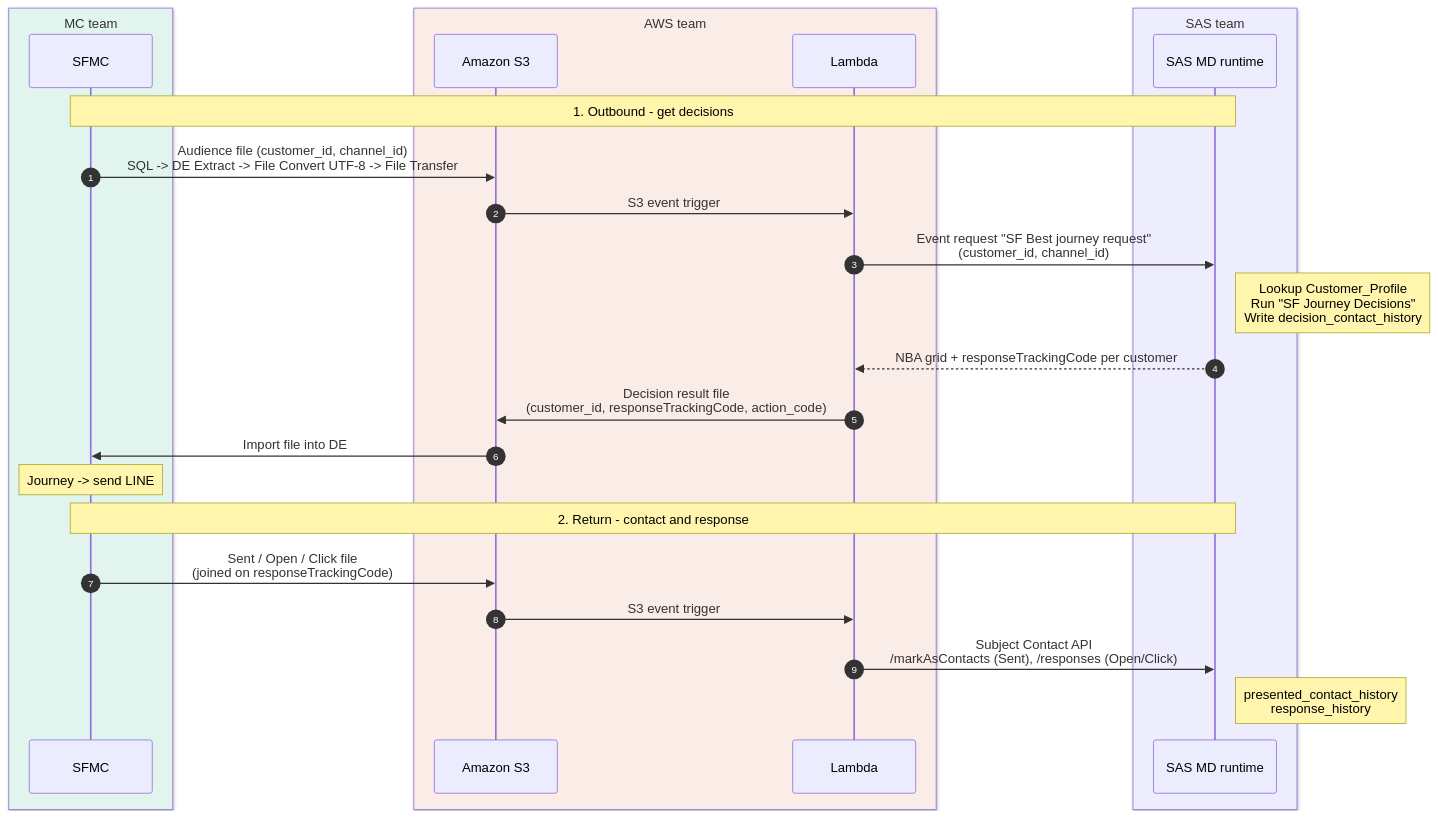
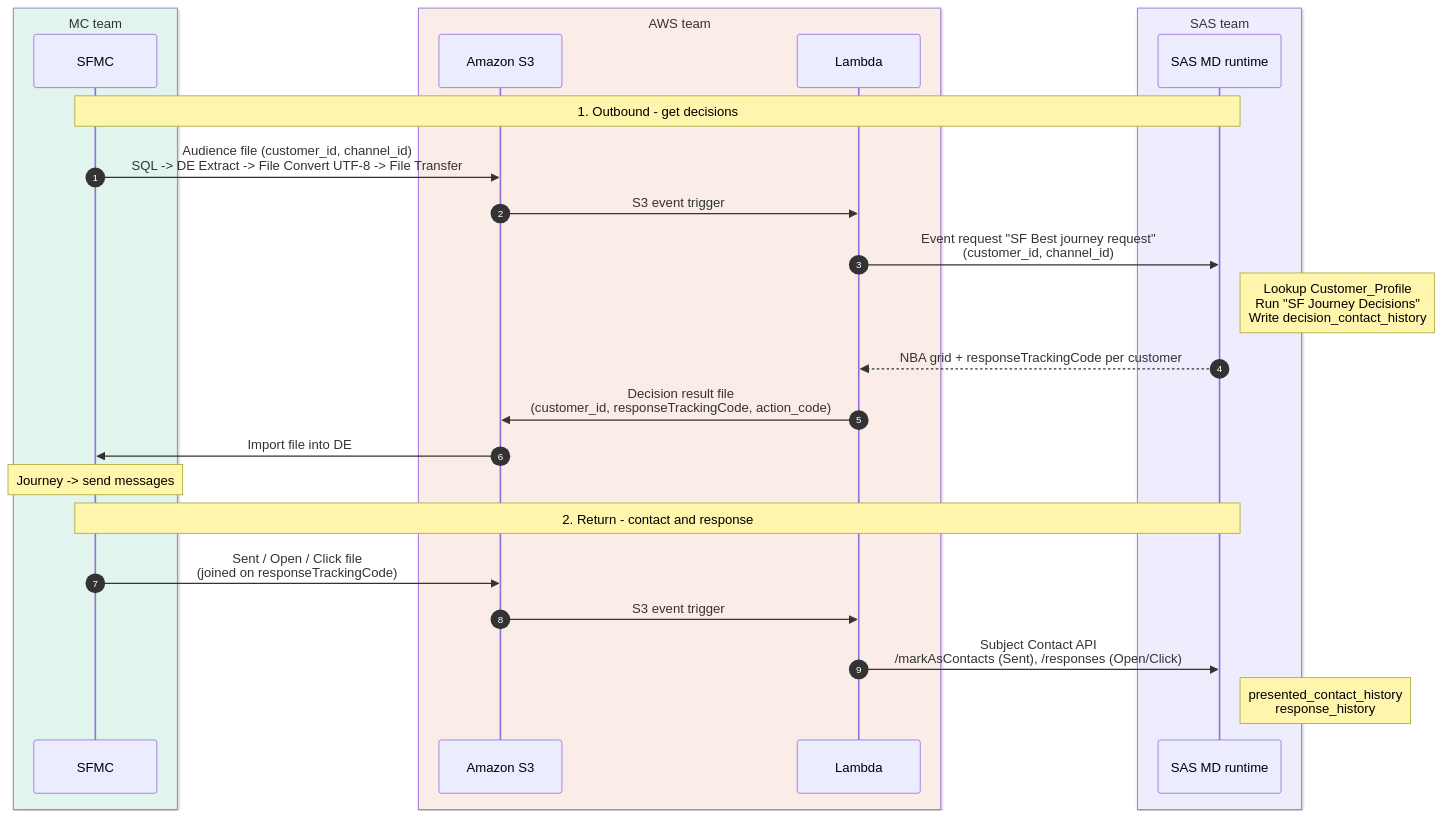
One commit to buaandkwan-ctrl/mermaid changed the diagram in sfmc_sas_md_sequence.mmd. Above: the diagram before and after it, drawn with Mermaid.

```diff
--- a/sfmc_sas_md_sequence.mmd
+++ b/sfmc_sas_md_sequence.mmd
@@ -1,28 +1,28 @@
 sequenceDiagram
     autonumber
     box rgb(225,245,238) MC team 
         participant SFMC as SFMC
     end
     box rgb(250,236,231) AWS team 
         participant S3 as Amazon S3
         participant L as Lambda
     end
     box rgb(238,237,254) SAS team
         participant MD as SAS MD runtime
     end
 
     Note over SFMC,MD: 1. Outbound - get decisions
     SFMC->>S3: Audience file (customer_id, channel_id)<br/>SQL -> DE Extract -> File Convert UTF-8 -> File Transfer
     S3->>L: S3 event trigger
     L->>MD: Event request "SF Best journey request"<br/>(customer_id, channel_id)
     Note right of MD: Lookup Customer_Profile<br/>Run "SF Journey Decisions"<br/>Write decision_contact_history
     MD-->>L: NBA grid + responseTrackingCode per customer
     L->>S3: Decision result file<br/>(customer_id, responseTrackingCode, action_code)
     S3->>SFMC: Import file into DE
-    Note over SFMC: Journey -> send LINE
+    Note over SFMC: Journey -> send messages
 
     Note over SFMC,MD: 2. Return - contact and response
     SFMC->>S3: Sent / Open / Click file<br/>(joined on responseTrackingCode)
     S3->>L: S3 event trigger
     L->>MD: Subject Contact API<br/>/markAsContacts (Sent), /responses (Open/Click)
     Note right of MD: presented_contact_history<br/>response_history
```
